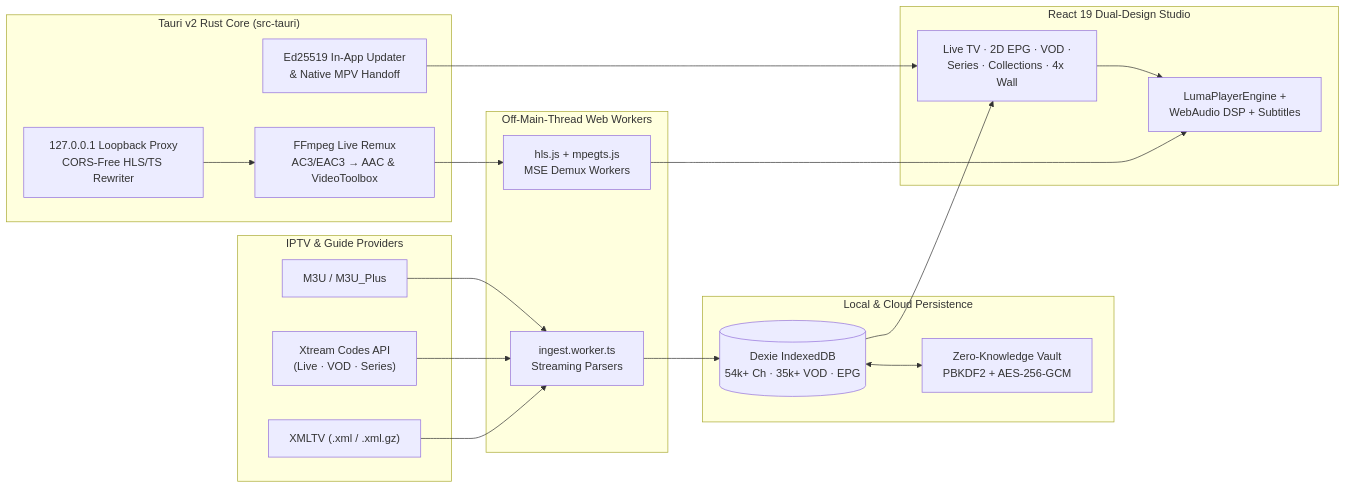
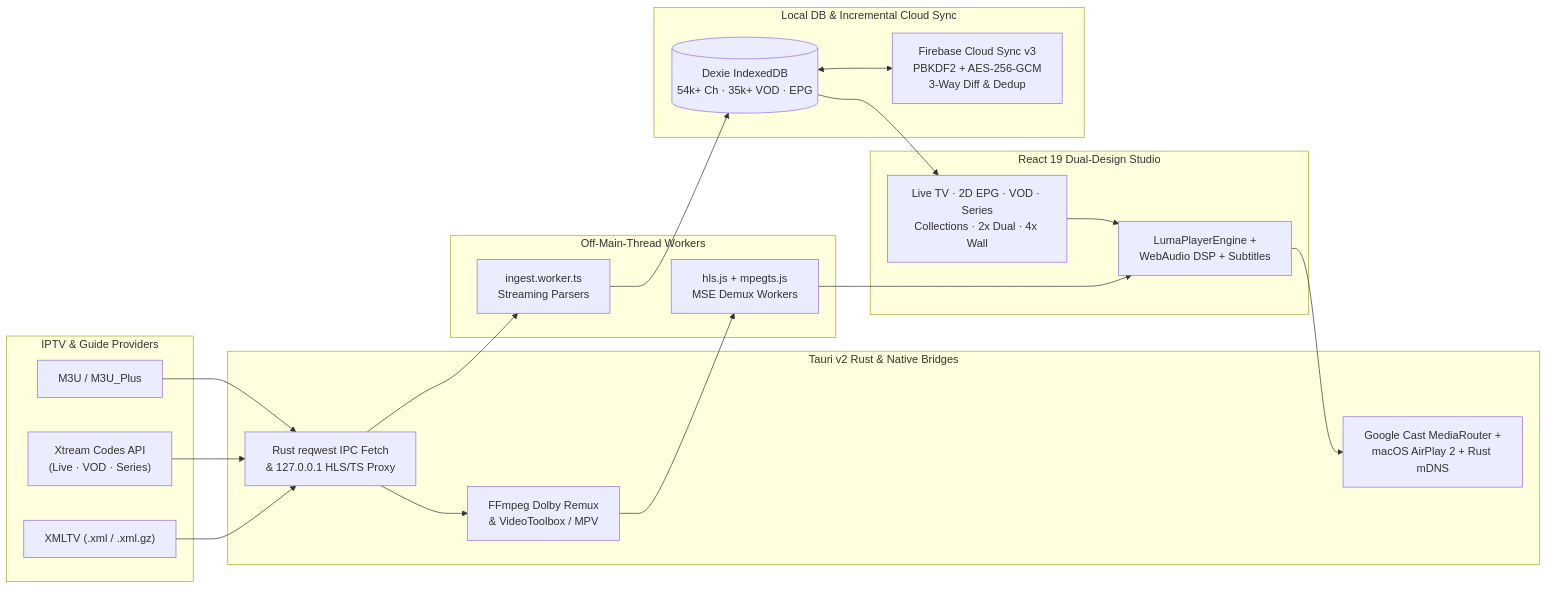
Before and after one commit to petrosvassiliou/luma-tv: the diagram in README.md, drawn with Mermaid. The commit also changed other lines of this file and 27 other files, not shown here.

````diff
--- a/README.md
+++ b/README.md
@@ -157,35 +158,35 @@
 ```mermaid
 flowchart LR
   subgraph Sources["IPTV & Guide Providers"]
     M3U["M3U / M3U_Plus"]
     XC["Xtream Codes API\n(Live · VOD · Series)"]
     XML["XMLTV (.xml / .xml.gz)"]
   end
 
-  subgraph Workers["Off-Main-Thread Web Workers"]
+  subgraph Native["Tauri v2 Rust & Native Bridges"]
+    IPC["Rust reqwest IPC Fetch\n& 127.0.0.1 HLS/TS Proxy"]
+    FFMPEG["FFmpeg Dolby Remux\n& VideoToolbox / MPV"]
+    CAST["Google Cast MediaRouter +\nmacOS AirPlay 2 + Rust mDNS"]
+  end
+
+  subgraph Workers["Off-Main-Thread Workers"]
     ING["ingest.worker.ts\nStreaming Parsers"]
     MSE["hls.js + mpegts.js\nMSE Demux Workers"]
   end
 
-  subgraph Storage["Local & Cloud Persistence"]
+  subgraph Storage["Local DB & Incremental Cloud Sync"]
     DB[("Dexie IndexedDB\n54k+ Ch · 35k+ VOD · EPG")]
-    SYNC["Zero-Knowledge Vault\nPBKDF2 + AES-256-GCM"]
-  end
-
-  subgraph Native["Tauri v2 Rust Core (src-tauri)"]
-    PROXY["127.0.0.1 Loopback Proxy\nCORS-Free HLS/TS Rewriter"]
-    FFMPEG["FFmpeg Live Remux\nAC3/EAC3 → AAC & VideoToolbox"]
-    UPD["Ed25519 In-App Updater\n& Native MPV Handoff"]
+    SYNC["Firebase Cloud Sync v3\nPBKDF2 + AES-256-GCM\n3-Way Diff & Dedup"]
   end
 
   subgraph UI["React 19 Dual-Design Studio"]
     STAGE["LumaPlayerEngine +\nWebAudio DSP + Subtitles"]
-    VIEWS["Live TV · 2D EPG · VOD ·\nSeries · Collections · 4x Wall"]
+    VIEWS["Live TV · 2D EPG · VOD · Series\nCollections · 2x Dual · 4x Wall"]
   end
 
-  M3U & XC & XML --> ING --> DB
+  M3U & XC & XML --> IPC --> ING --> DB
   DB <--> SYNC
   DB --> VIEWS --> STAGE
-  PROXY --> FFMPEG --> MSE --> STAGE
-  UPD --> VIEWS
+  IPC --> FFMPEG --> MSE --> STAGE
+  STAGE --> CAST
 ```
````
